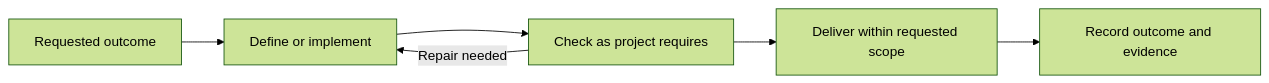
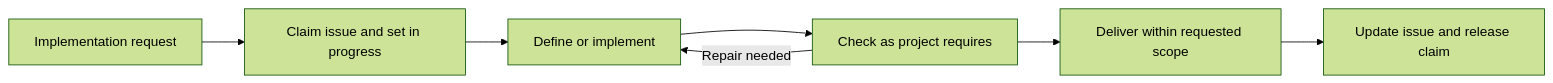
Before and after one commit to ebarti/devflow: the second of 2 diagrams in README.md, drawn with Mermaid (forest theme). The commit also changed other lines of this file and 13 other files, not shown here.

````diff
--- a/README.md
+++ b/README.md
@@ -56,8 +59,9 @@
 ```mermaid
 flowchart LR
-    Request[Requested outcome] --> Work[Define or implement]
+    Request[Implementation request] --> Claim[Claim issue and set in progress]
+    Claim --> Work[Define or implement]
     Work --> Check[Check as project requires]
     Check -->|Repair needed| Work
     Check --> Deliver[Deliver within requested scope]
-    Deliver --> Record[Record outcome and evidence]
+    Deliver --> Record[Update issue and release claim]
 ```
````
